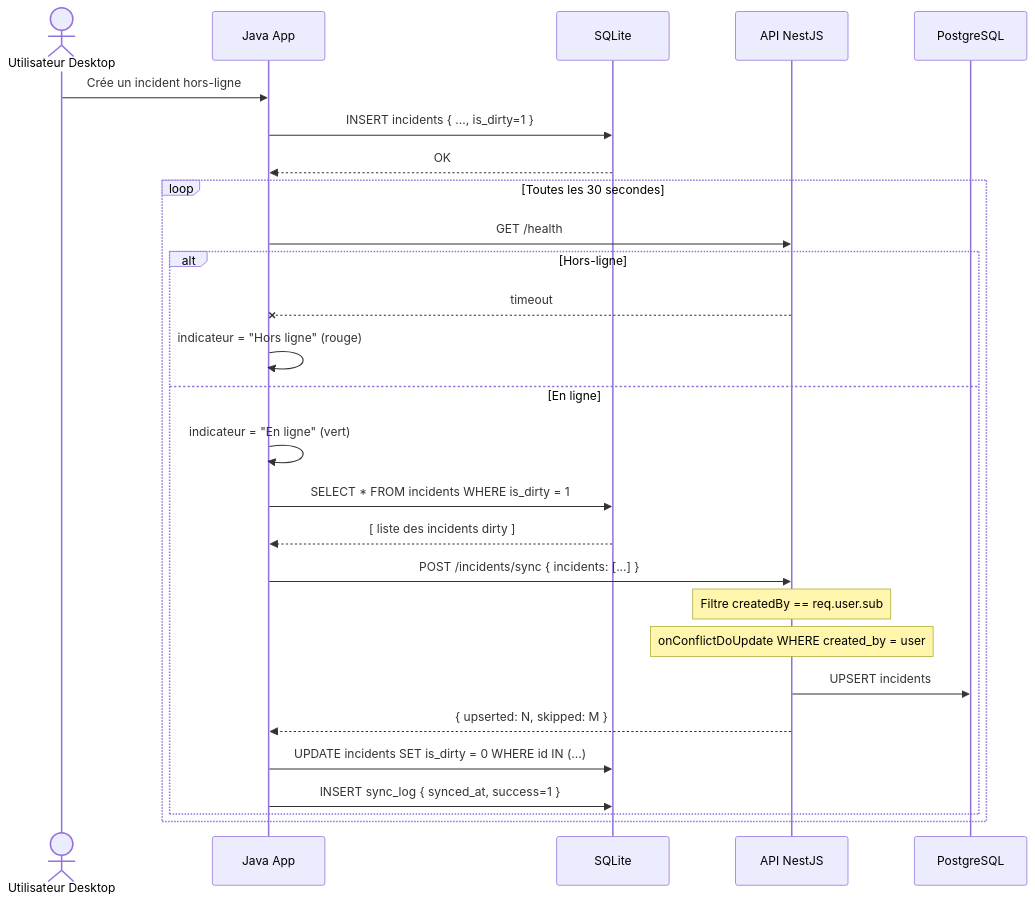
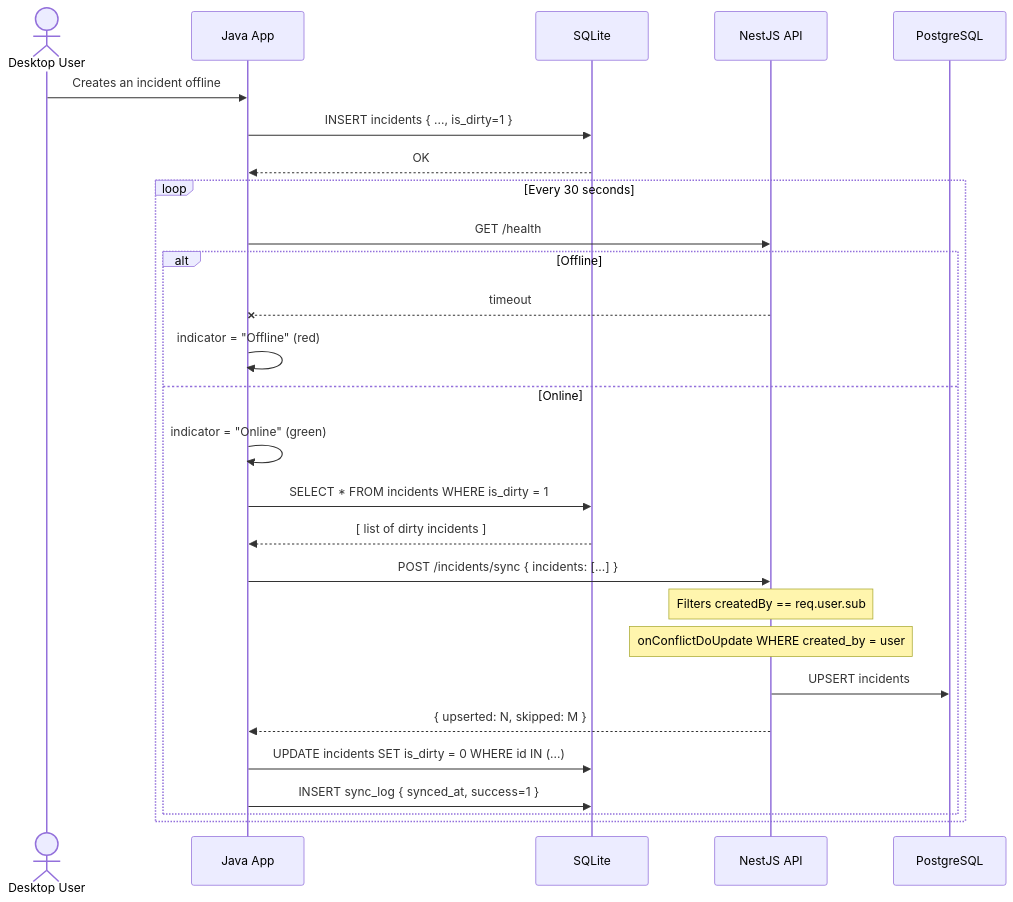
One commit to creibaud/QuartierConnect changed the sixth of 23 diagrams in docs/RAPPORT-ETAPE2.md. Above: the diagram before and after it, drawn with Mermaid. The commit also changed other lines of this file and 155 other files, not shown here.

````diff
--- a/docs/RAPPORT-ETAPE2.md
+++ b/docs/RAPPORT-ETAPE2.md
@@ -257,31 +257,31 @@
 ```mermaid
 sequenceDiagram
-    actor U as Utilisateur Desktop
+    actor U as Desktop User
     participant J as Java App
     participant S as SQLite
-    participant API as API NestJS
+    participant API as NestJS API
     participant PG as PostgreSQL
 
-    U->>J: Crée un incident hors-ligne
+    U->>J: Creates an incident offline
     J->>S: INSERT incidents { ..., is_dirty=1 }
     S-->>J: OK
 
-    loop Toutes les 30 secondes
+    loop Every 30 seconds
         J->>API: GET /health
-        alt Hors-ligne
+        alt Offline
             API--xJ: timeout
-            J->>J: indicateur = "Hors ligne" (rouge)
-        else En ligne
-            J->>J: indicateur = "En ligne" (vert)
+            J->>J: indicator = "Offline" (red)
+        else Online
+            J->>J: indicator = "Online" (green)
             J->>S: SELECT * FROM incidents WHERE is_dirty = 1
-            S-->>J: [ liste des incidents dirty ]
+            S-->>J: [ list of dirty incidents ]
             J->>API: POST /incidents/sync { incidents: [...] }
-            Note over API: Filtre createdBy == req.user.sub
+            Note over API: Filters createdBy == req.user.sub
             Note over API: onConflictDoUpdate WHERE created_by = user
             API->>PG: UPSERT incidents
             API-->>J: { upserted: N, skipped: M }
             J->>S: UPDATE incidents SET is_dirty = 0 WHERE id IN (...)
             J->>S: INSERT sync_log { synced_at, success=1 }
         end
     end
 ```
````
